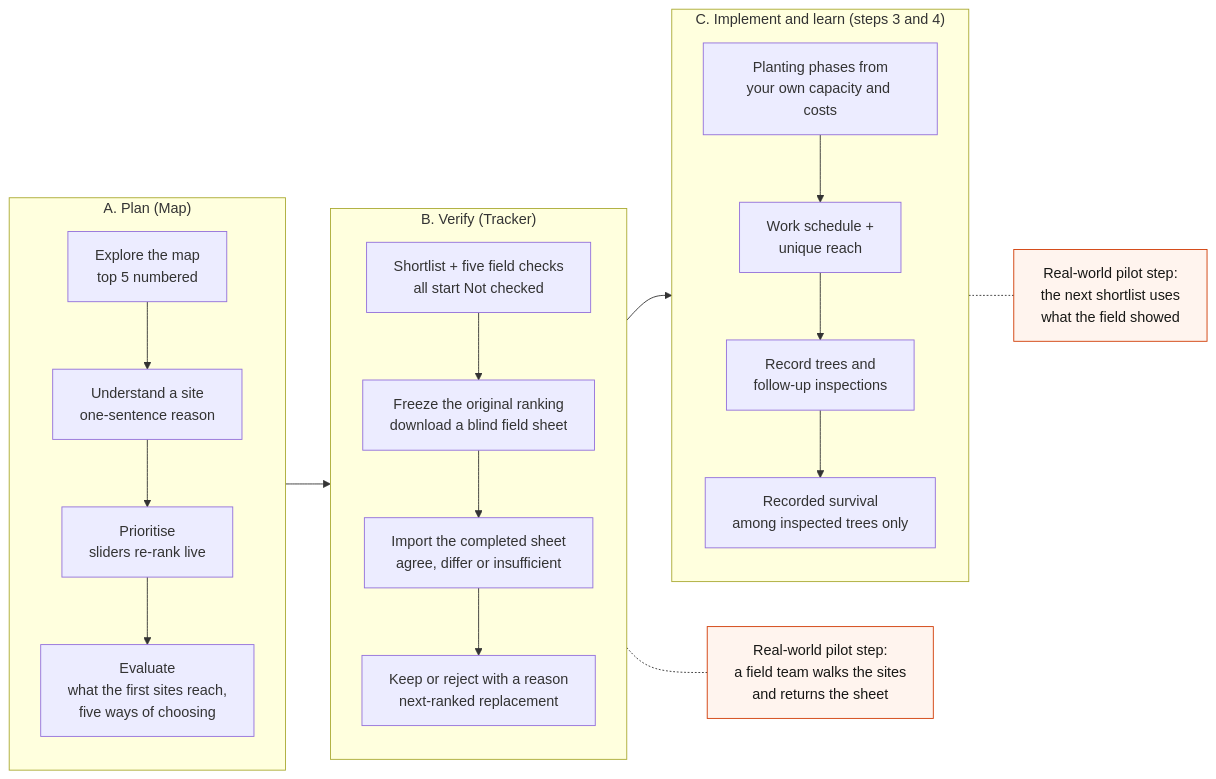
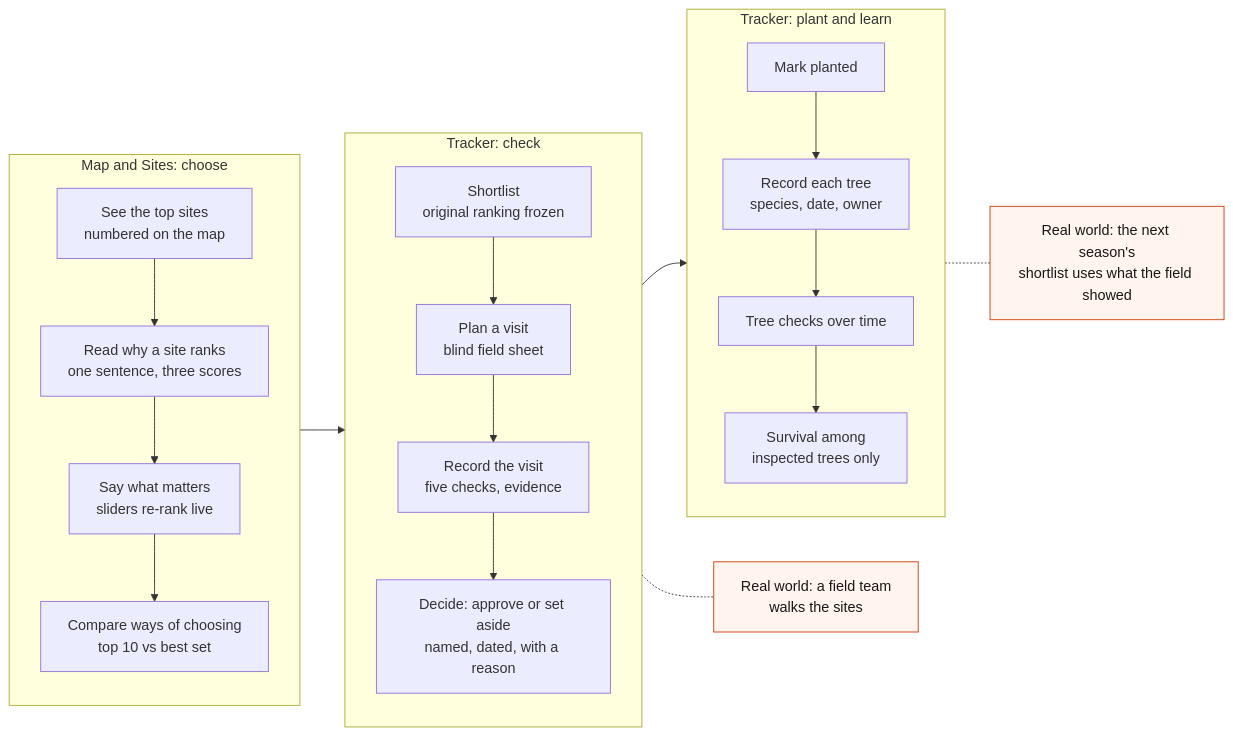
The first of 4 diagrams in README.md (mpip0505/simedarbyhackathon), drawn with Mermaid before and after one commit. The commit also changed other lines of this file and 19 other files, not shown here.

First line of the commit message:
Revamp the README and add docs/architecture.md for the Canopia redesign

````diff
--- a/README.md
+++ b/README.md
@@ -48,25 +65,25 @@
 ```mermaid
 flowchart LR
-  subgraph A["A. Plan (Map)"]
+  subgraph A["Map and Sites: choose"]
     direction TB
-    A1["Explore the map<br/>top 5 numbered"] --> A2["Understand a site<br/>one-sentence reason"]
-    A2 --> A3["Prioritise<br/>sliders re-rank live"]
-    A3 --> A4["Evaluate<br/>what the first sites reach,<br/>five ways of choosing"]
+    A1["See the top sites<br/>numbered on the map"] --> A2["Read why a site ranks<br/>one sentence, three scores"]
+    A2 --> A3["Say what matters<br/>sliders re-rank live"]
+    A3 --> A4["Compare ways of choosing<br/>top 10 vs best set"]
   end
-  subgraph B["B. Verify (Tracker)"]
+  subgraph B["Tracker: check"]
     direction TB
-    B1["Shortlist + five field checks<br/>all start Not checked"] --> B2["Freeze the original ranking<br/>download a blind field sheet"]
-    B2 --> B3["Import the completed sheet<br/>agree, differ or insufficient"]
-    B3 --> B4["Keep or reject with a reason<br/>next-ranked replacement"]
+    B1["Shortlist<br/>original ranking frozen"] --> B2["Plan a visit<br/>blind field sheet"]
+    B2 --> B3["Record the visit<br/>five checks, evidence"]
+    B3 --> B4["Decide: approve or set aside<br/>named, dated, with a reason"]
   end
-  subgraph C["C. Implement and learn (steps 3 and 4)"]
+  subgraph C["Tracker: plant and learn"]
     direction TB
-    C1["Planting phases from<br/>your own capacity and costs"] --> C2["Work schedule +<br/>unique reach"]
-    C2 --> C3["Record trees and<br/>follow-up inspections"]
-    C3 --> C4["Recorded survival<br/>among inspected trees only"]
+    C1["Mark planted"] --> C2["Record each tree<br/>species, date, owner"]
+    C2 --> C3["Tree checks over time"]
+    C3 --> C4["Survival among<br/>inspected trees only"]
   end
   A --> B --> C
-  B -.- F["Real-world pilot step:<br/>a field team walks the sites<br/>and returns the sheet"]:::real
-  C -.- L["Real-world pilot step:<br/>the next shortlist uses<br/>what the field showed"]:::real
+  B -.- F["Real world: a field team<br/>walks the sites"]:::real
+  C -.- L["Real world: the next season's<br/>shortlist uses what the field showed"]:::real
   classDef real fill:#fff4ee,stroke:#d13c06,color:#181816
 ```
````
